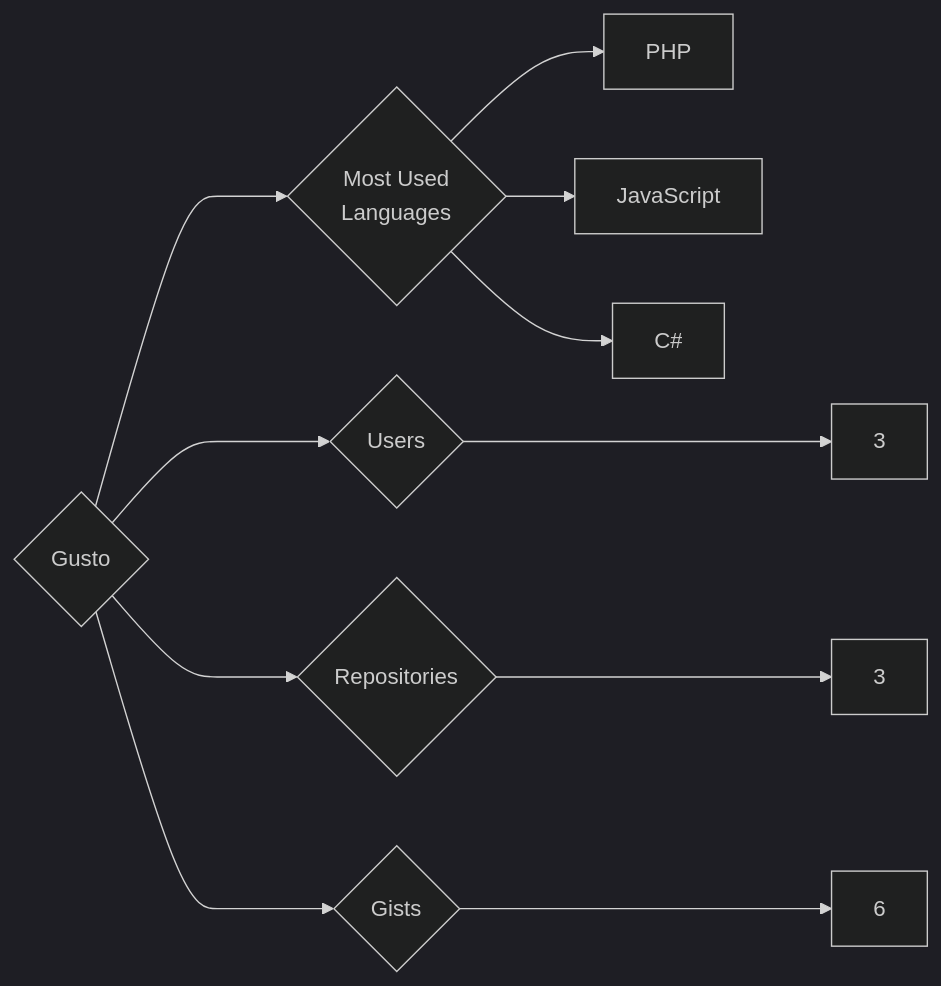
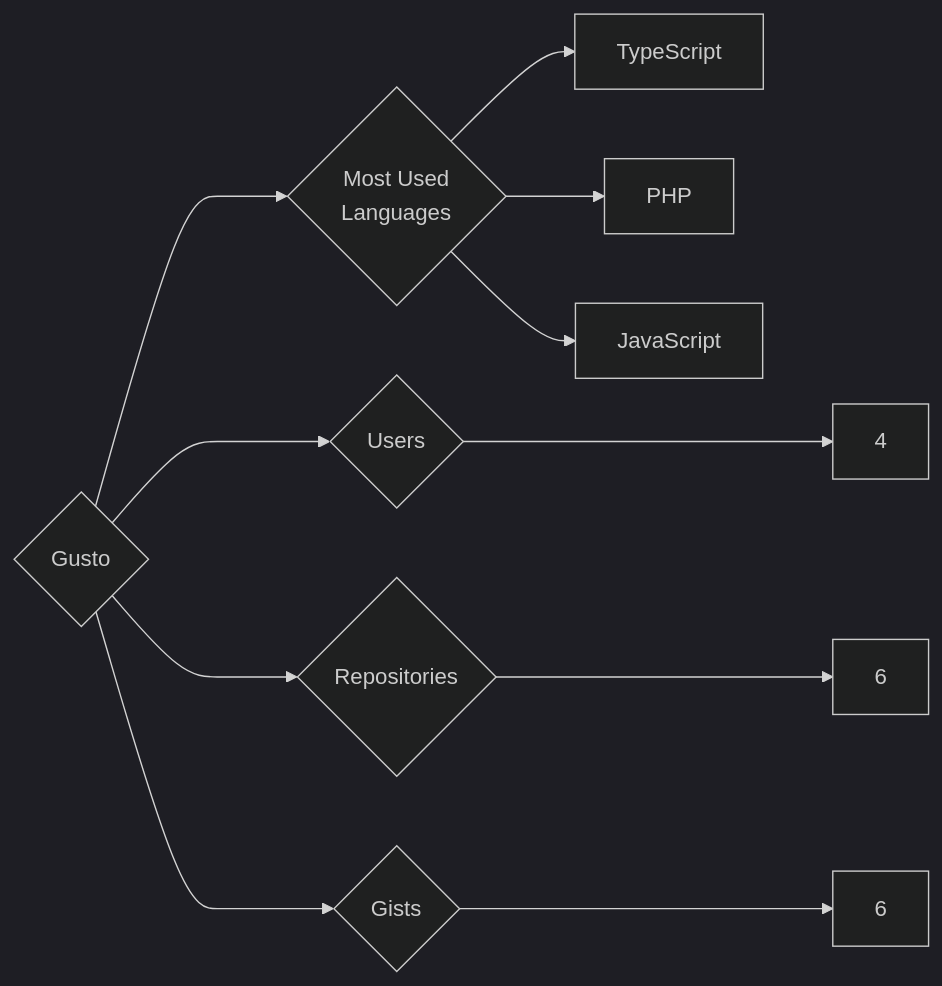
Before and after one commit to trickest/insiders: the diagram in targets/Gusto/README.md, drawn with Mermaid (dark theme). The commit also changed 1167 other files, not shown here.

````diff
--- a/targets/Gusto/README.md
+++ b/targets/Gusto/README.md
@@ -3,11 +3,11 @@
 ```mermaid
 graph LR
 COMPANY_NAME{Gusto}
-COMPANY_NAME ---> U{Users} ---> UN[3]
-COMPANY_NAME ---> R{Repositories} ---> RN[3]
+COMPANY_NAME ---> U{Users} ---> UN[4]
+COMPANY_NAME ---> R{Repositories} ---> RN[6]
 COMPANY_NAME ---> G{Gists} ---> GN[6]
 COMPANY_NAME ---> ML{Most Used<br>Languages}
+ML --> TypeScript[TypeScript]
 ML --> PHP[PHP]
 ML --> JavaScript[JavaScript]
-ML --> C#[C#]
 ```
````
